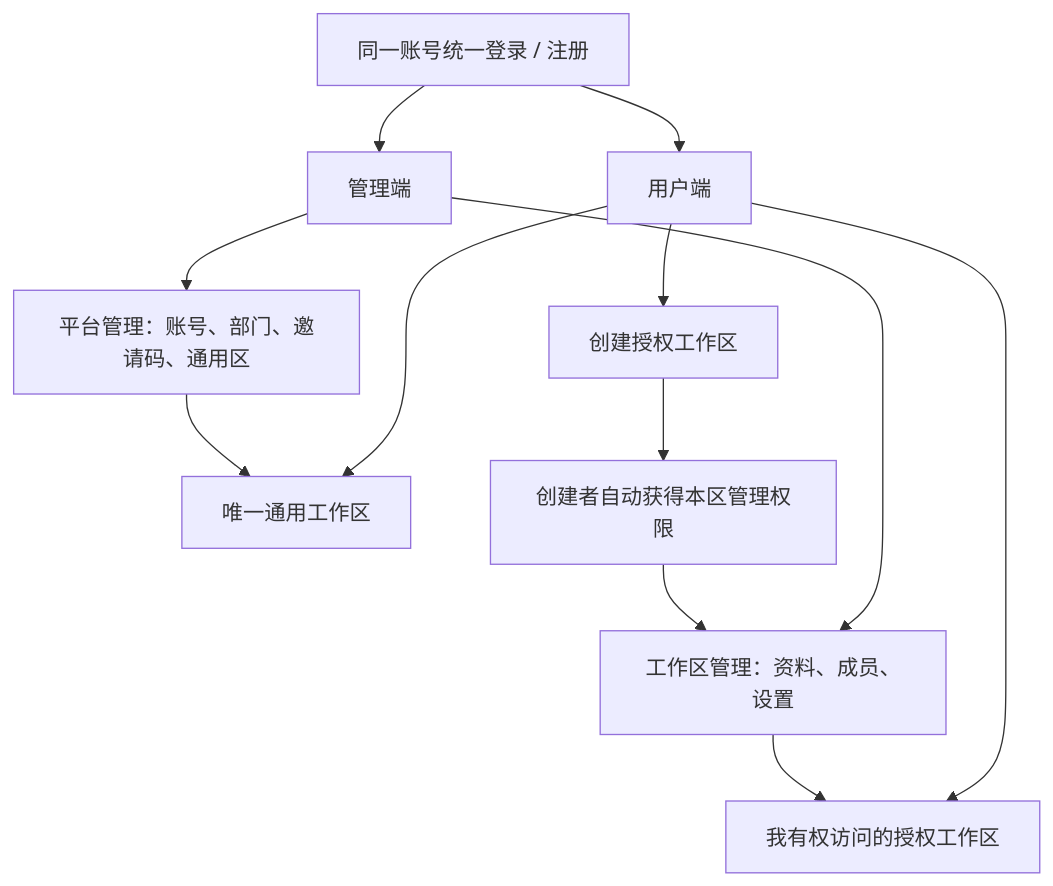
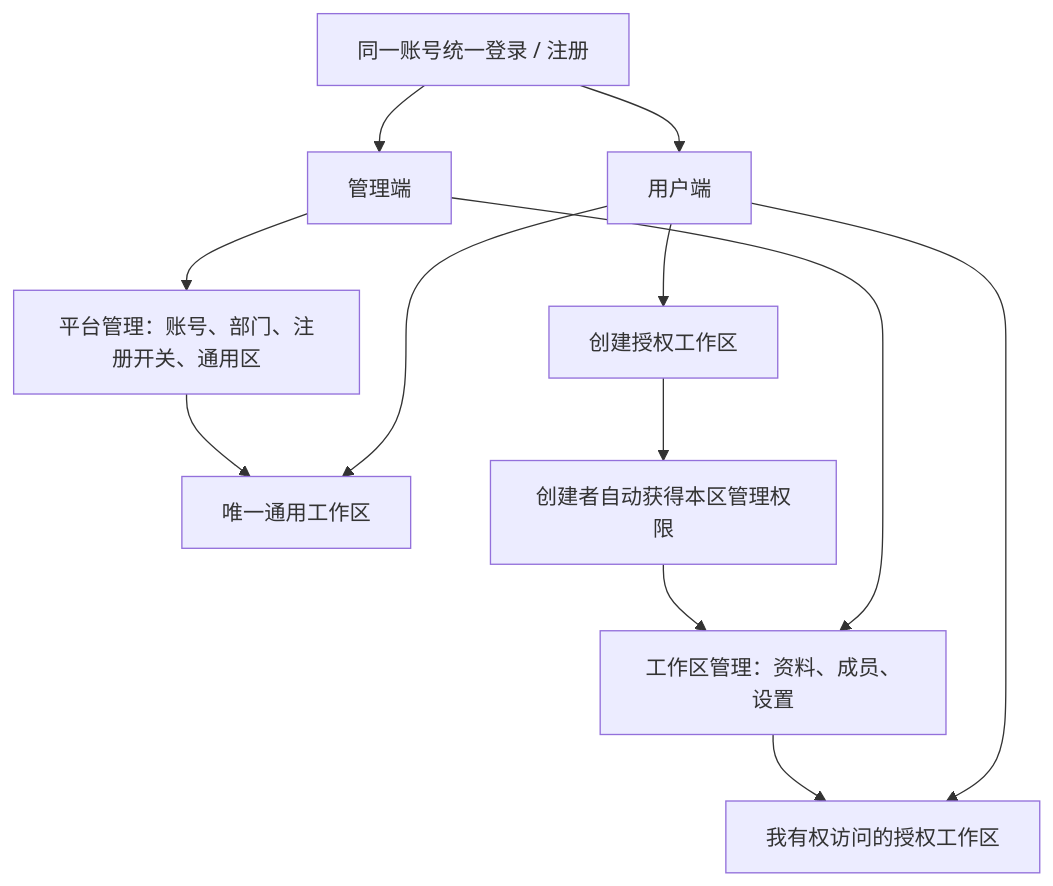
Before and after one commit to zhe-w12/Multimodal-knowledge-base: the diagram in docs/plans/双端账号与工作区权限完整规划.md, drawn with Mermaid. The commit also changed other lines of this file and 18 other files, not shown here.

````diff
--- a/docs/plans/双端账号与工作区权限完整规划.md
+++ b/docs/plans/双端账号与工作区权限完整规划.md
@@ -35,14 +37,14 @@
 ```mermaid
 flowchart TD
     A[同一账号统一登录 / 注册] --> B[用户端]
     A --> C[管理端]
     B --> D[唯一通用工作区]
     B --> E[我有权访问的授权工作区]
     B --> F[创建授权工作区]
     F --> G[创建者自动获得本区管理权限]
     C --> H[工作区管理：资料、成员、设置]
-    C --> I[平台管理：账号、部门、邀请码、通用区]
+    C --> I[平台管理：账号、部门、注册开关、通用区]
     G --> H
     H --> E
     I --> D
 ```
````
